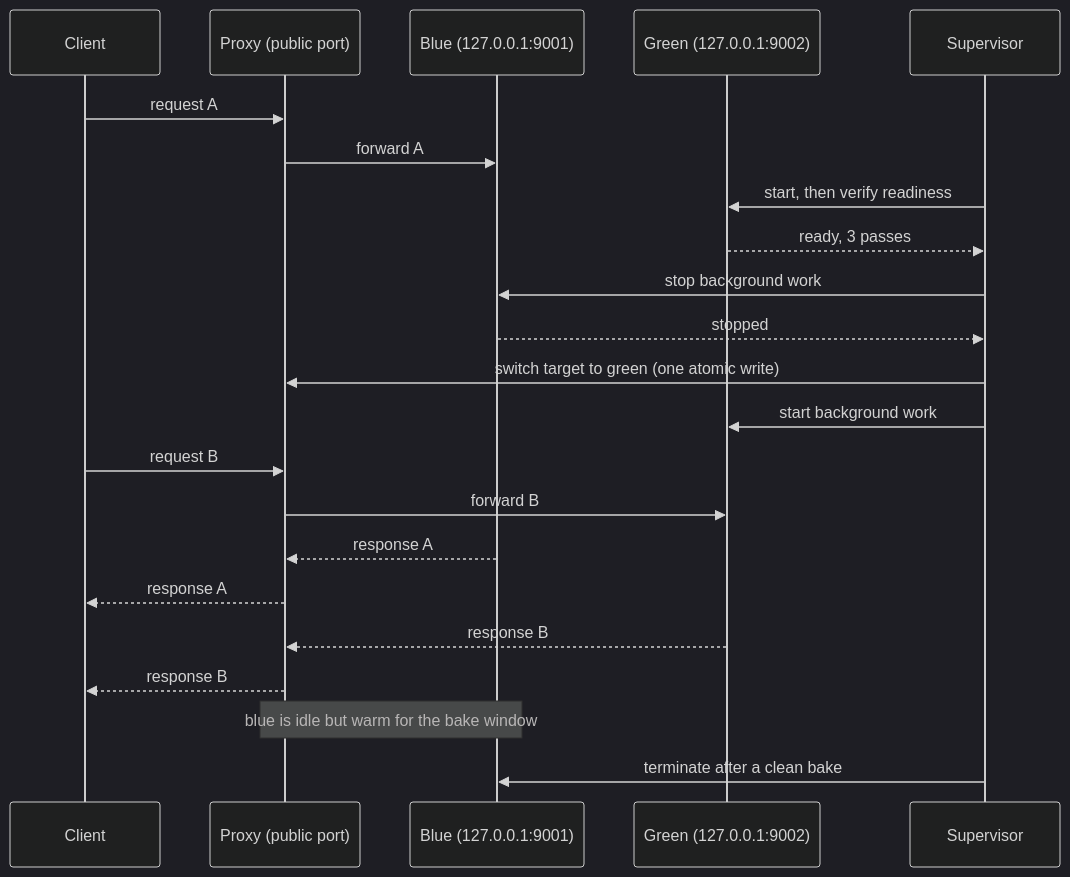
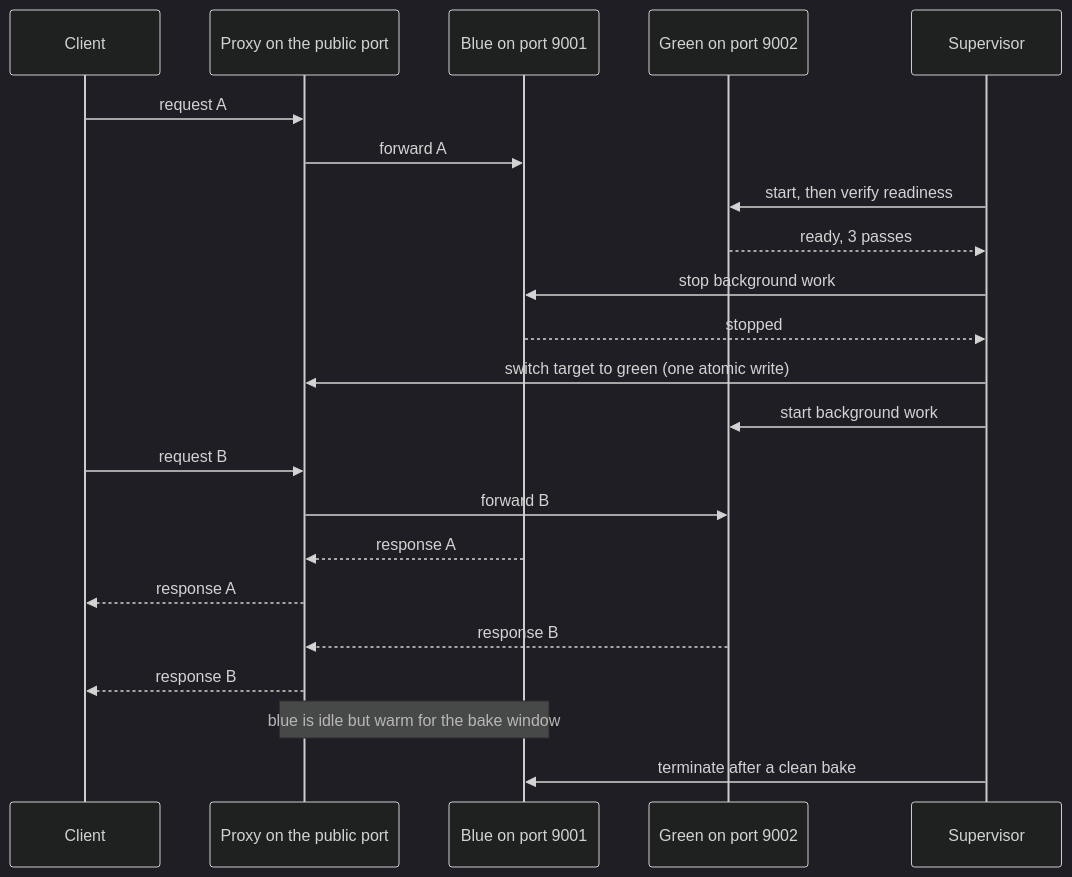
One commit to amitdu6ey/experiments changed the fourth of 5 diagrams in hot-server-swap/README.md. Above: the diagram before and after it, drawn with Mermaid (dark theme).

Commit message:
Simplify sequence diagram participant labels
Claude-Session: https://claude.ai/code/session_01BZ3kowrxfRyq6Gaj1bRdCG

````diff
--- a/hot-server-swap/README.md
+++ b/hot-server-swap/README.md
@@ -193,25 +193,25 @@
 ```mermaid
 sequenceDiagram
     participant C as Client
-    participant P as Proxy (public port)
-    participant B as Blue (127.0.0.1:9001)
-    participant G as Green (127.0.0.1:9002)
+    participant P as Proxy on the public port
+    participant B as Blue on port 9001
+    participant G as Green on port 9002
     participant S as Supervisor
 
     C->>P: request A
     P->>B: forward A
     S->>G: start, then verify readiness
     G-->>S: ready, 3 passes
     S->>B: stop background work
     B-->>S: stopped
     S->>P: switch target to green (one atomic write)
     S->>G: start background work
     C->>P: request B
     P->>G: forward B
     B-->>P: response A
     P-->>C: response A
     G-->>P: response B
     P-->>C: response B
     Note over P,B: blue is idle but warm for the bake window
     S->>B: terminate after a clean bake
 ```
````
